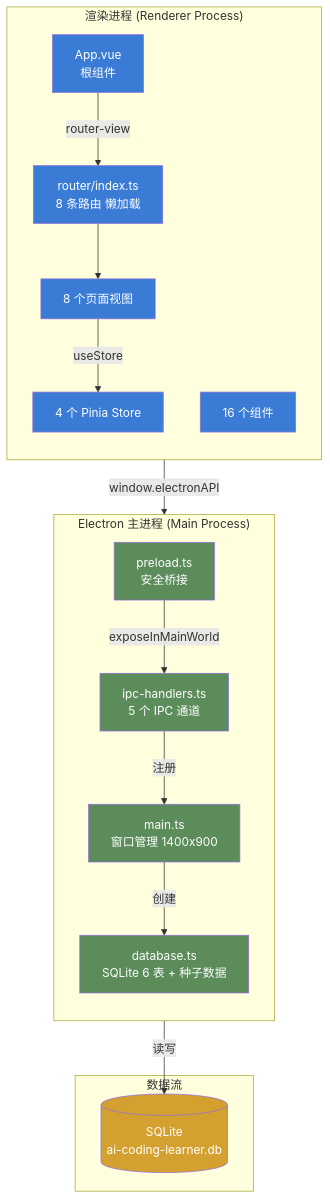
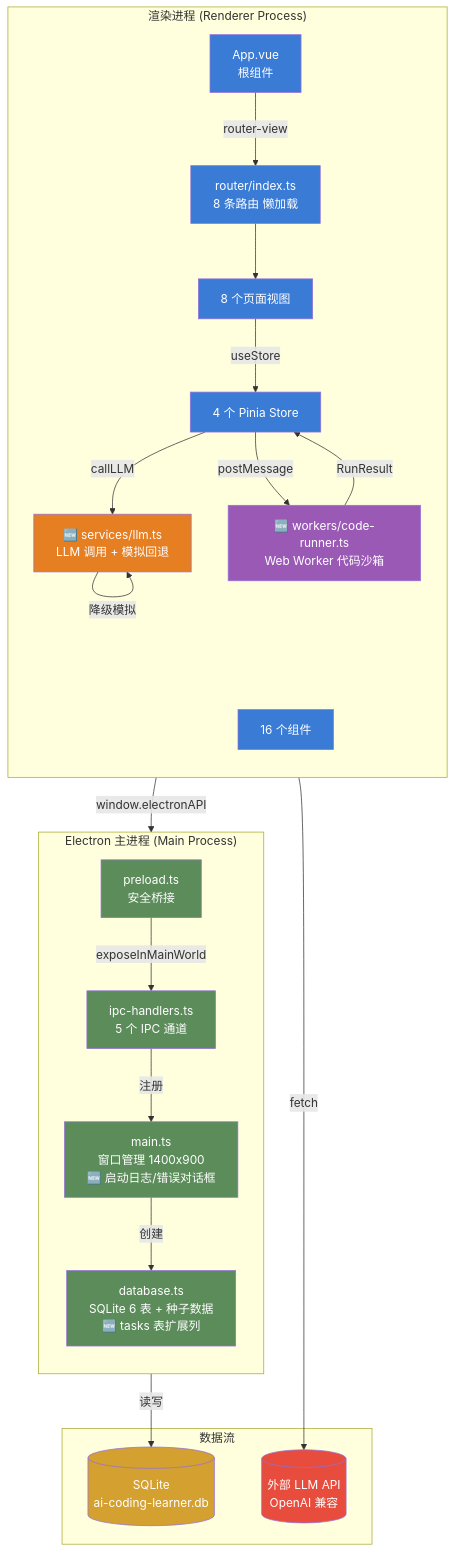
Before and after one commit to lbh1nb/ai-agent-learner: the first of 8 diagrams in 系统架构文档.md, drawn with Mermaid. The commit also changed other lines of this file and 23 other files, not shown here.

````diff
--- a/系统架构文档.md
+++ b/系统架构文档.md
@@ -30,43 +35,54 @@
 ```mermaid
 graph TB
     subgraph "Electron 主进程 (Main Process)"
         direction TB
-        MAIN[main.ts<br/>窗口管理 1400x900]
-        DB[database.ts<br/>SQLite 6 表 + 种子数据]
+        MAIN[main.ts<br/>窗口管理 1400x900<br/>🆕 启动日志/错误对话框]
+        DB[database.ts<br/>SQLite 6 表 + 种子数据<br/>🆕 tasks 表扩展列]
         IPC[ipc-handlers.ts<br/>5 个 IPC 通道]
         PRE[preload.ts<br/>安全桥接]
     end
 
     subgraph "渲染进程 (Renderer Process)"
         direction TB
         APP[App.vue<br/>根组件]
         ROUTER[router/index.ts<br/>8 条路由 懒加载]
         VIEWS[8 个页面视图]
         STORES[4 个 Pinia Store]
         COMPS[16 个组件]
+        SERVICES[🆕 services/llm.ts<br/>LLM 调用 + 模拟回退]
+        WORKERS[🆕 workers/code-runner.ts<br/>Web Worker 代码沙箱]
     end
 
     subgraph "数据流"
         SQLITE[(SQLite<br/>ai-coding-learner.db)]
+        LLM_API[(外部 LLM API<br/>OpenAI 兼容)]
     end
 
     MAIN --> |创建| DB
     DB --> |读写| SQLITE
     IPC --> |注册| MAIN
     PRE --> |exposeInMainWorld| IPC
     APP --> |router-view| ROUTER
     ROUTER --> VIEWS
     VIEWS --> |useStore| STORES
     STORES --> |window.electronAPI| PRE
+    STORES --> |callLLM| SERVICES
+    SERVICES --> |fetch| LLM_API
+    SERVICES --> |降级模拟| SERVICES
+    STORES --> |postMessage| WORKERS
+    WORKERS --> |RunResult| STORES
 
     style MAIN fill:#5B8C5A,color:#fff
     style DB fill:#5B8C5A,color:#fff
     style IPC fill:#5B8C5A,color:#fff
     style PRE fill:#5B8C5A,color:#fff
     style APP fill:#3A7BD5,color:#fff
     style ROUTER fill:#3A7BD5,color:#fff
     style VIEWS fill:#3A7BD5,color:#fff
     style STORES fill:#3A7BD5,color:#fff
     style COMPS fill:#3A7BD5,color:#fff
+    style SERVICES fill:#E67E22,color:#fff
+    style WORKERS fill:#9B59B6,color:#fff
     style SQLITE fill:#D4A030,color:#fff
+    style LLM_API fill:#E74C3C,color:#fff
 ```
````
